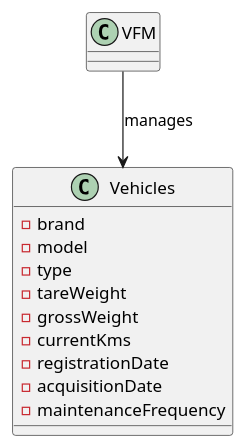
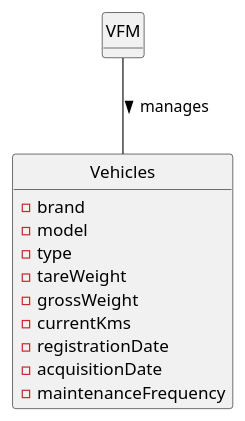
One commit to Mendoncaa/LAPR2 changed the diagram in docs/sprintA/us008/02.analysis/puml/us008-domain-model.puml. Above: the diagram before and after it, drawn with PlantUML. The commit also changed 7 other files, not shown here.

```diff
--- a/docs/sprintA/us008/02.analysis/puml/us008-domain-model.puml
+++ b/docs/sprintA/us008/02.analysis/puml/us008-domain-model.puml
@@ -1,20 +1,23 @@
 @startuml
+
+hide methods
+hide circle
 
 class VFM {
 }
 
 class Vehicles {
   - brand 
   - model 
   - type 
   - tareWeight 
   - grossWeight 
   - currentKms 
   - registrationDate
   - acquisitionDate 
   - maintenanceFrequency 
 }
 
-VFM --> Vehicles : "manages"
+VFM -- Vehicles : manages >
 
 @enduml
```
